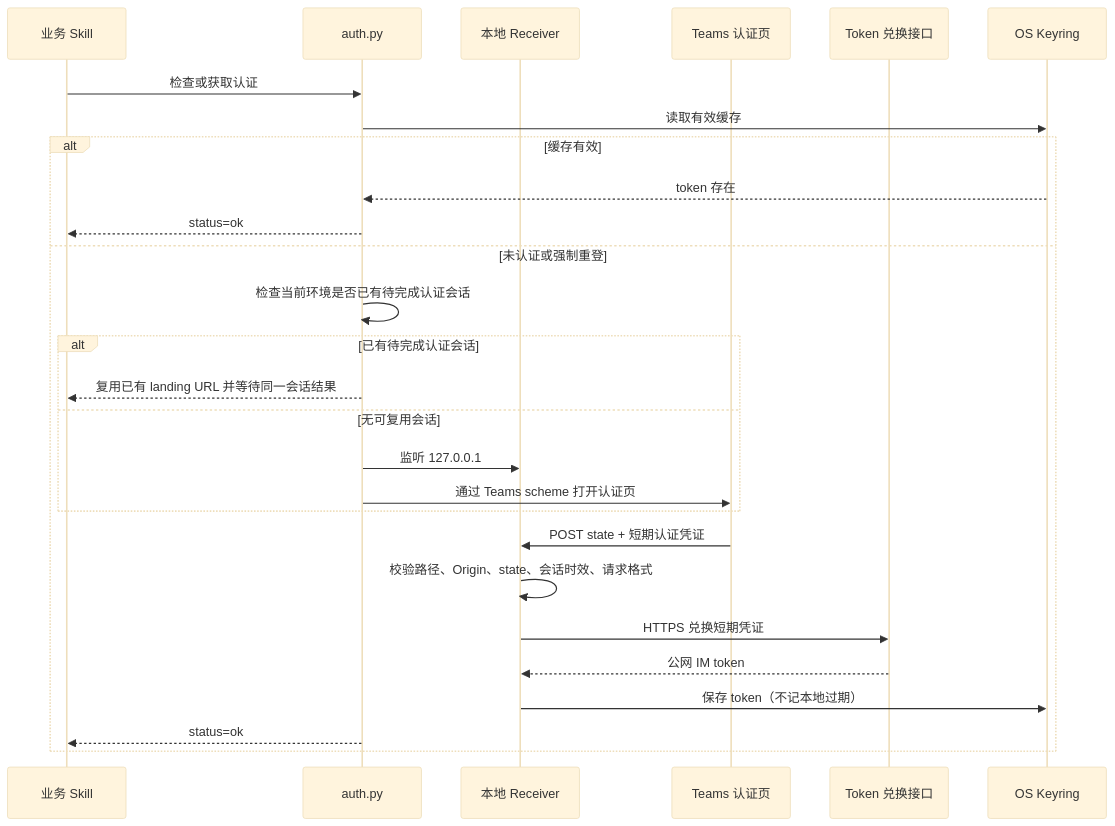
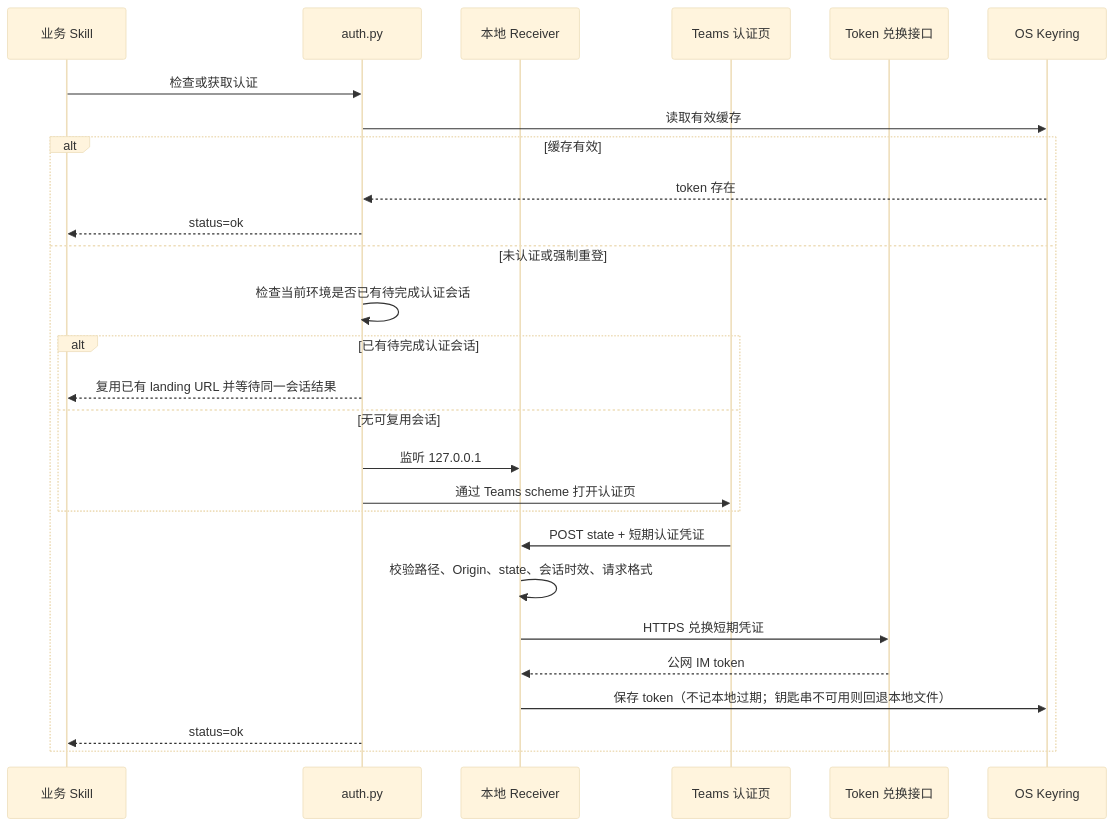
Before and after one commit to TinySing/codex-skills: the diagram in t5t-skill/docs/auth/ARCHITECTURE.md, drawn with Mermaid (base theme). The commit also changed other lines of this file and 13 other files, not shown here.

````diff
--- a/t5t-skill/docs/auth/ARCHITECTURE.md
+++ b/t5t-skill/docs/auth/ARCHITECTURE.md
@@ -48,30 +50,30 @@
 ```mermaid
 sequenceDiagram
   participant Caller as 业务 Skill
   participant Auth as auth.py
   participant Receiver as 本地 Receiver
   participant Teams as Teams 认证页
   participant Exchange as Token 兑换接口
   participant Keyring as OS Keyring
 
   Caller->>Auth: 检查或获取认证
   Auth->>Keyring: 读取有效缓存
   alt 缓存有效
     Keyring-->>Auth: token 存在
     Auth-->>Caller: status=ok
   else 未认证或强制重登
     Auth->>Auth: 检查当前环境是否已有待完成认证会话
     alt 已有待完成认证会话
       Auth-->>Caller: 复用已有 landing URL 并等待同一会话结果
     else 无可复用会话
       Auth->>Receiver: 监听 127.0.0.1
       Auth->>Teams: 通过 Teams scheme 打开认证页
     end
     Teams->>Receiver: POST state + 短期认证凭证
     Receiver->>Receiver: 校验路径、Origin、state、会话时效、请求格式
     Receiver->>Exchange: HTTPS 兑换短期凭证
     Exchange-->>Receiver: 公网 IM token
-    Receiver->>Keyring: 保存 token（不记本地过期）
+    Receiver->>Keyring: 保存 token（不记本地过期；钥匙串不可用则回退本地文件）
     Auth-->>Caller: status=ok
   end
 ```
````
